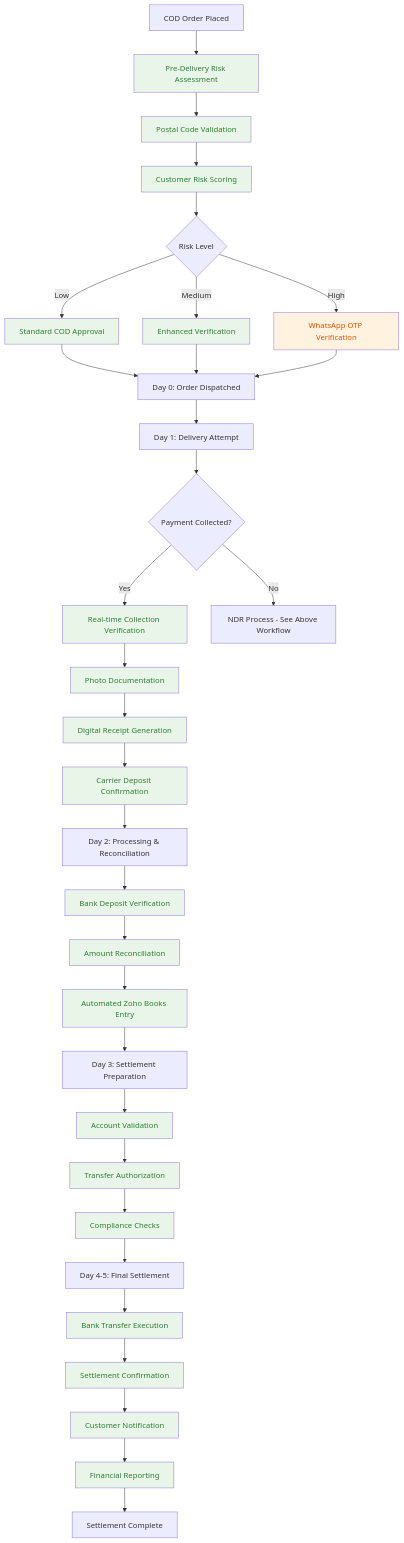
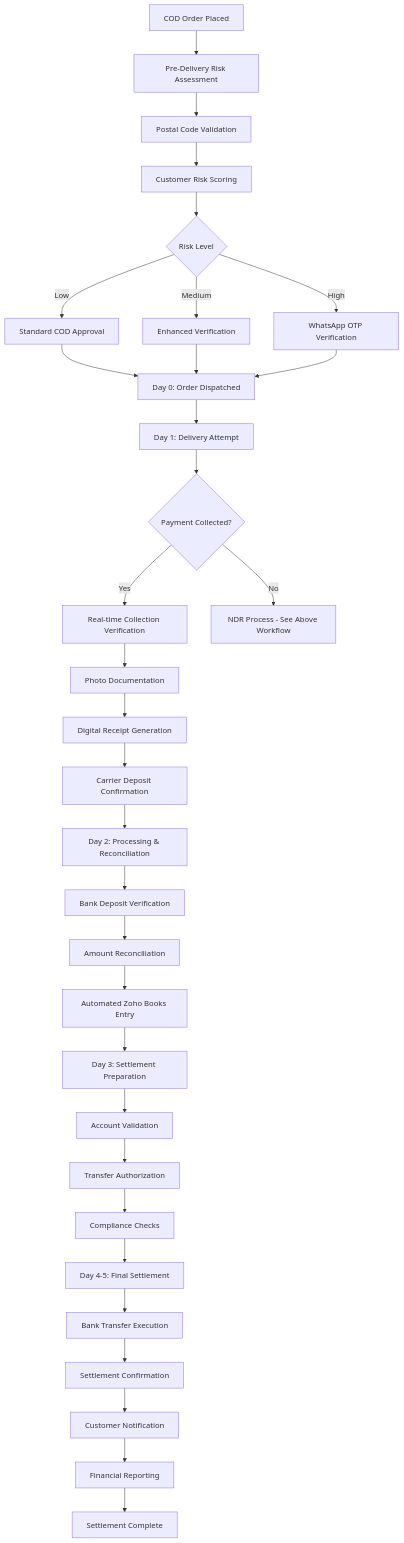
One commit to sandeepkumar0801/Digihub changed diagram 17 of 44 in README.md. Above: the diagram before and after it, drawn with Mermaid. The commit also changed other lines of this file, not shown here.

Commit message:
update diagram index

````diff
--- a/README.md
+++ b/README.md
@@ -3248,64 +3106,64 @@
 ```mermaid
 graph TD
     A[COD Order Placed] --> B[Pre-Delivery Risk Assessment]
     B --> C[Postal Code Validation]
     C --> D[Customer Risk Scoring]
 
     D --> E{Risk Level}
     E -->|Low| F[Standard COD Approval]
     E -->|Medium| G[Enhanced Verification]
     E -->|High| H[WhatsApp OTP Verification]
 
     F --> I[Day 0: Order Dispatched]
     G --> I
     H --> I
 
     I --> J[Day 1: Delivery Attempt]
     J --> K{Payment Collected?}
 
     K -->|Yes| L[Real-time Collection Verification]
     K -->|No| M[NDR Process - See Above Workflow]
 
     L --> N[Photo Documentation]
     N --> O[Digital Receipt Generation]
     O --> P[Carrier Deposit Confirmation]
 
     P --> Q[Day 2: Processing & Reconciliation]
     Q --> R[Bank Deposit Verification]
     R --> S[Amount Reconciliation]
     S --> T[Automated Zoho Books Entry]
 
     T --> U[Day 3: Settlement Preparation]
     U --> V[Account Validation]
     V --> W[Transfer Authorization]
     W --> X[Compliance Checks]
 
     X --> Y[Day 4-5: Final Settlement]
     Y --> Z[Bank Transfer Execution]
     Z --> AA[Settlement Confirmation]
     AA --> BB[Customer Notification]
     BB --> CC[Financial Reporting]
 
     CC --> DD[Settlement Complete]
 
-    style B fill:#e8f5e8,color:#2e7d32
-    style C fill:#e8f5e8,color:#2e7d32
-    style D fill:#e8f5e8,color:#2e7d32
-    style F fill:#e8f5e8,color:#2e7d32
-    style G fill:#e8f5e8,color:#2e7d32
-    style L fill:#e8f5e8,color:#2e7d32
-    style N fill:#e8f5e8,color:#2e7d32
-    style O fill:#e8f5e8,color:#2e7d32
-    style P fill:#e8f5e8,color:#2e7d32
-    style R fill:#e8f5e8,color:#2e7d32
-    style S fill:#e8f5e8,color:#2e7d32
-    style T fill:#e8f5e8,color:#2e7d32
-    style V fill:#e8f5e8,color:#2e7d32
-    style W fill:#e8f5e8,color:#2e7d32
-    style X fill:#e8f5e8,color:#2e7d32
-    style Z fill:#e8f5e8,color:#2e7d32
-    style AA fill:#e8f5e8,color:#2e7d32
-    style BB fill:#e8f5e8,color:#2e7d32
-    style CC fill:#e8f5e8,color:#2e7d32
-    style H fill:#fff3e0,color:#e65100
+
+
+
+
+
+
+
+
+
+
+
+
+
+
+
+
+
+
+
+
 ```
````
